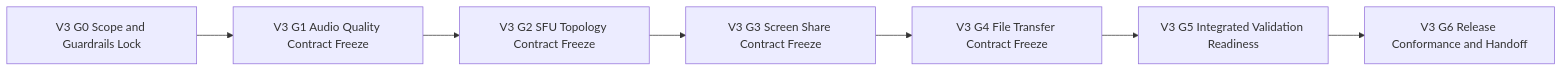
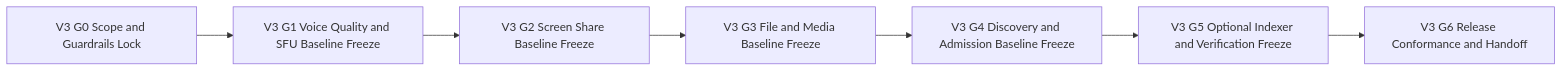
One commit to kylhuk/xorein changed the diagram in TODO_v03.md. Above: the diagram before and after it, drawn with Mermaid. The commit also changed other lines of this file and 11 other files, not shown here.

````diff
--- a/TODO_v03.md
+++ b/TODO_v03.md
@@ -133,12 +131,12 @@
 ```mermaid
 graph LR
   G0[V3 G0 Scope and Guardrails Lock]
-  G1[V3 G1 Audio Quality Contract Freeze]
-  G2[V3 G2 SFU Topology Contract Freeze]
-  G3[V3 G3 Screen Share Contract Freeze]
-  G4[V3 G4 File Transfer Contract Freeze]
-  G5[V3 G5 Integrated Validation Readiness]
+  G1[V3 G1 Voice Quality and SFU Baseline Freeze]
+  G2[V3 G2 Screen Share Baseline Freeze]
+  G3[V3 G3 File and Media Baseline Freeze]
+  G4[V3 G4 Discovery and Admission Baseline Freeze]
+  G5[V3 G5 Optional Indexer and Verification Freeze]
   G6[V3 G6 Release Conformance and Handoff]
 
   G0 --> G1 --> G2 --> G3 --> G4 --> G5 --> G6
 ```
````
